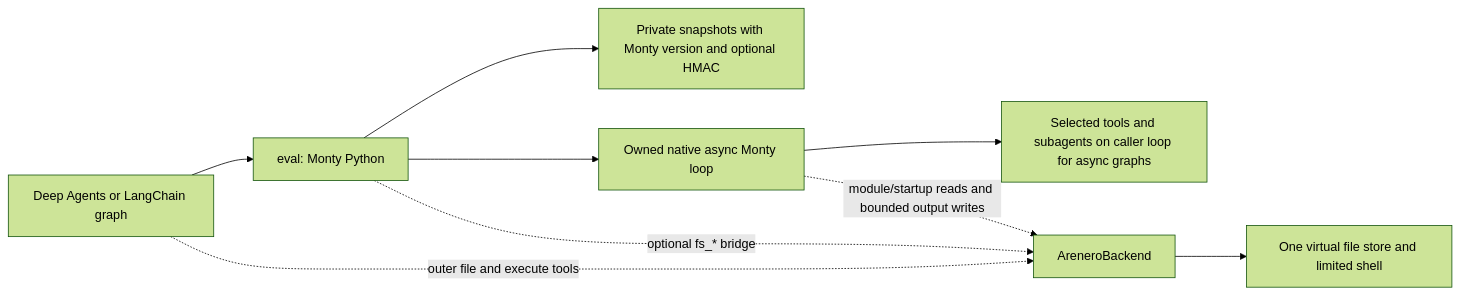
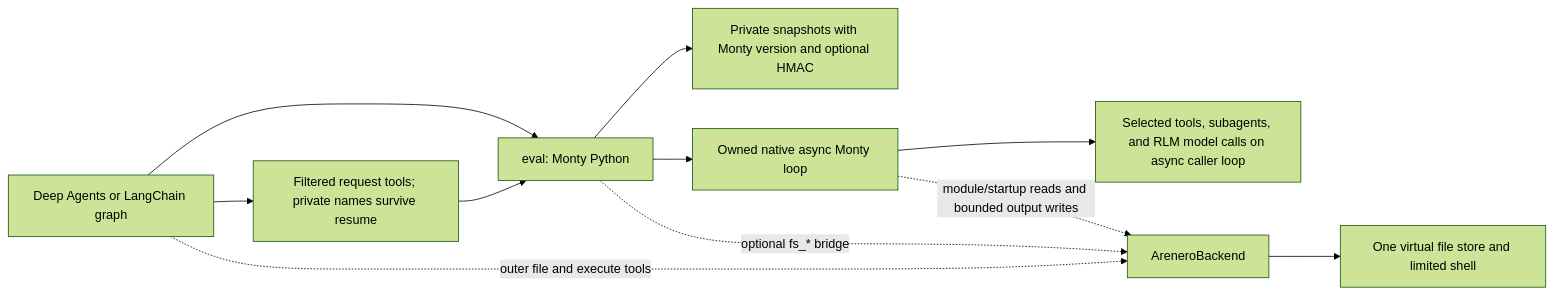
One commit to sgaseretto/arenero changed the fourth of 4 diagrams in README.md. Above: the diagram before and after it, drawn with Mermaid (forest theme). The commit also changed other lines of this file and 11 other files, not shown here.

````diff
--- a/README.md
+++ b/README.md
@@ -597,11 +597,13 @@
 ```mermaid
 flowchart LR
     Graph["Deep Agents or LangChain graph"] --> Eval["eval: Monty Python"]
     Eval --> State["Private snapshots with Monty version and optional HMAC"]
+    Graph --> Selection["Filtered request tools; private names survive resume"]
+    Selection --> Eval
     Eval --> Monty["Owned native async Monty loop"]
-    Monty --> Tools["Selected tools and subagents on caller loop for async graphs"]
+    Monty --> Tools["Selected tools, subagents, and RLM model calls on async caller loop"]
     Eval -. "optional fs_* bridge" .-> Backend["AreneroBackend"]
     Monty -. "module/startup reads and bounded output writes" .-> Backend
     Graph -. "outer file and execute tools" .-> Backend
     Backend --> Files["One virtual file store and limited shell"]
 ```
````
